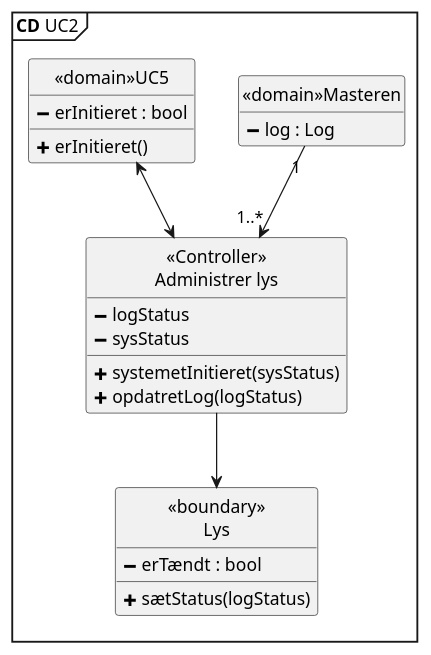
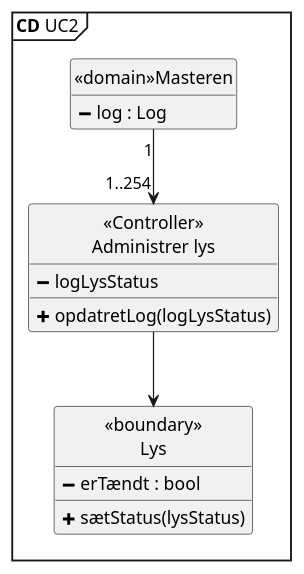
One commit to Tukkel/Projekt_2 changed the diagram in SysML/Software Arkitektur-Design/UC2 AM/CD UC2.puml. Above: the diagram before and after it, drawn with PlantUML. The commit also changed 3 other files, not shown here.

```diff
--- a/SysML/Software Arkitektur-Design/UC2 AM/CD UC2.puml
+++ b/SysML/Software Arkitektur-Design/UC2 AM/CD UC2.puml
@@ -1,33 +1,25 @@
 @startuml CD
 skinparam style strictuml
 hide empty members
 
 mainframe **CD** UC2
 
 class "<<Controller>>\nAdministrer lys" as AL {
-    <&minus> logStatus
-    <&minus> sysStatus
-    <&plus> systemetInitieret(sysStatus)
-    <&plus> opdatretLog(logStatus)
+    <&minus> logLysStatus
+    <&plus> opdatretLog(logLysStatus)
 }
 
 class "<<boundary>>\nLys" as L {
     <&minus> erTændt : bool
-    <&plus> sætStatus(logStatus)
-}
-
-class "<<domain>>UC5" as UC5{
-    <&minus> erInitieret : bool
-    <&plus> erInitieret()
+    <&plus> sætStatus(lysStatus)
 }
 
 class "<<domain>>Masteren" as M{
     <&minus> log : Log
-
 }
 
-M "1" --> "1..*" AL
+M "1" --> "1..254" AL
 AL  -->  L
-UC5 <--> AL
+
 
 @enduml
```
